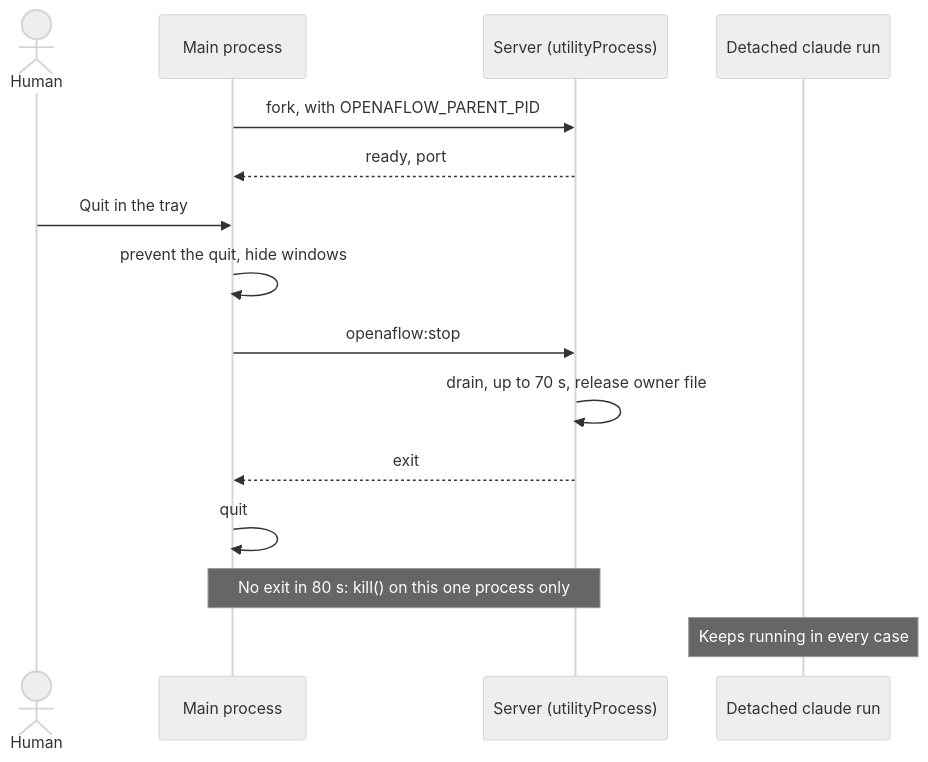
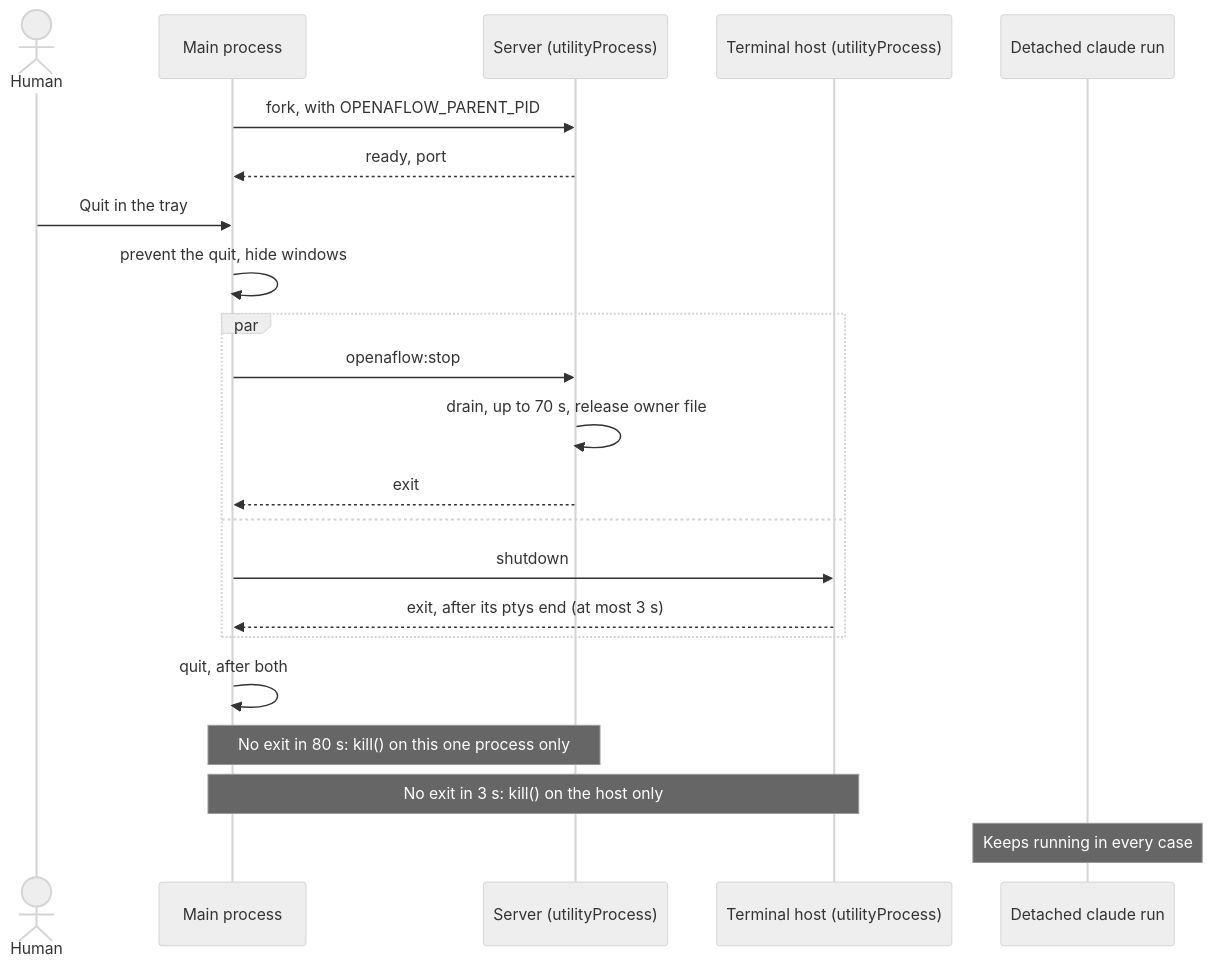
The diagram in pod-docs/feature-details/desktop.md (alvionlabs/openaflow), drawn with Mermaid (neutral theme) before and after one commit. The commit also changed other lines of this file and 5 other files, not shown here.

````diff
--- a/pod-docs/feature-details/desktop.md
+++ b/pod-docs/feature-details/desktop.md
@@ -22,17 +29,24 @@
 ```mermaid
 sequenceDiagram
   actor Human
   participant Main as Main process
   participant Server as Server (utilityProcess)
+  participant Host as Terminal host (utilityProcess)
   participant Run as Detached claude run
   Main->>Server: fork, with OPENAFLOW_PARENT_PID
   Server-->>Main: ready, port
   Human->>Main: Quit in the tray
   Main->>Main: prevent the quit, hide windows
-  Main->>Server: openaflow:stop
-  Server->>Server: drain, up to 70 s, release owner file
-  Server-->>Main: exit
-  Main->>Main: quit
+  par
+    Main->>Server: openaflow:stop
+    Server->>Server: drain, up to 70 s, release owner file
+    Server-->>Main: exit
+  and
+    Main->>Host: shutdown
+    Host-->>Main: exit, after its ptys end (at most 3 s)
+  end
+  Main->>Main: quit, after both
   Note over Main,Server: No exit in 80 s: kill() on this one process only
+  Note over Main,Host: No exit in 3 s: kill() on the host only
   Note over Run: Keeps running in every case
 ```
````
